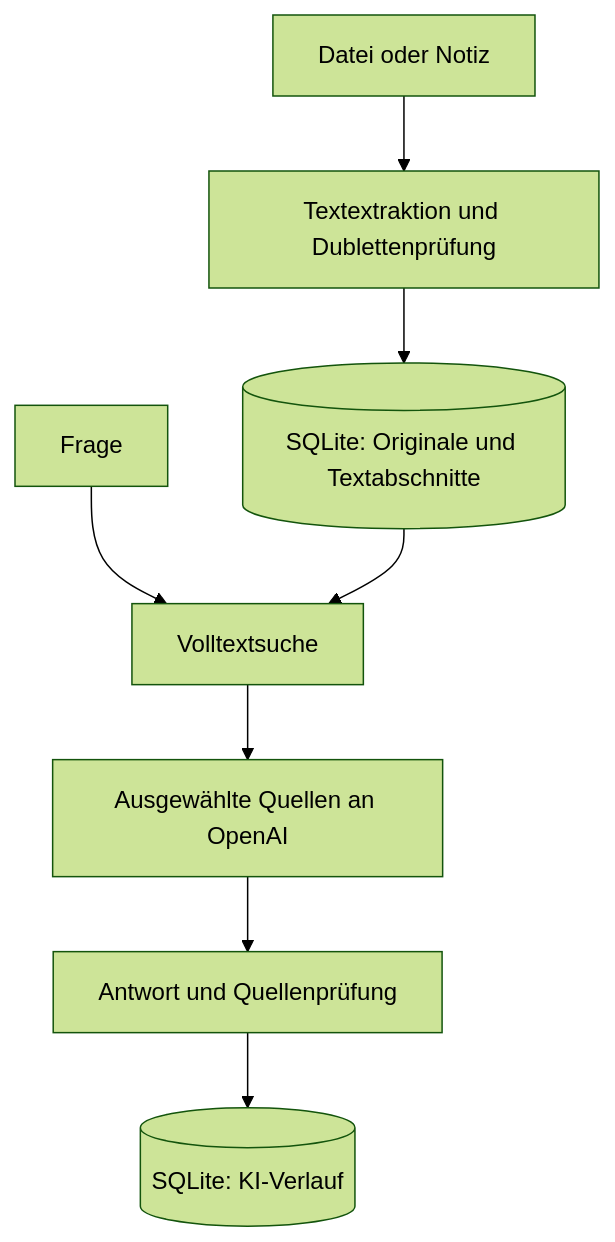
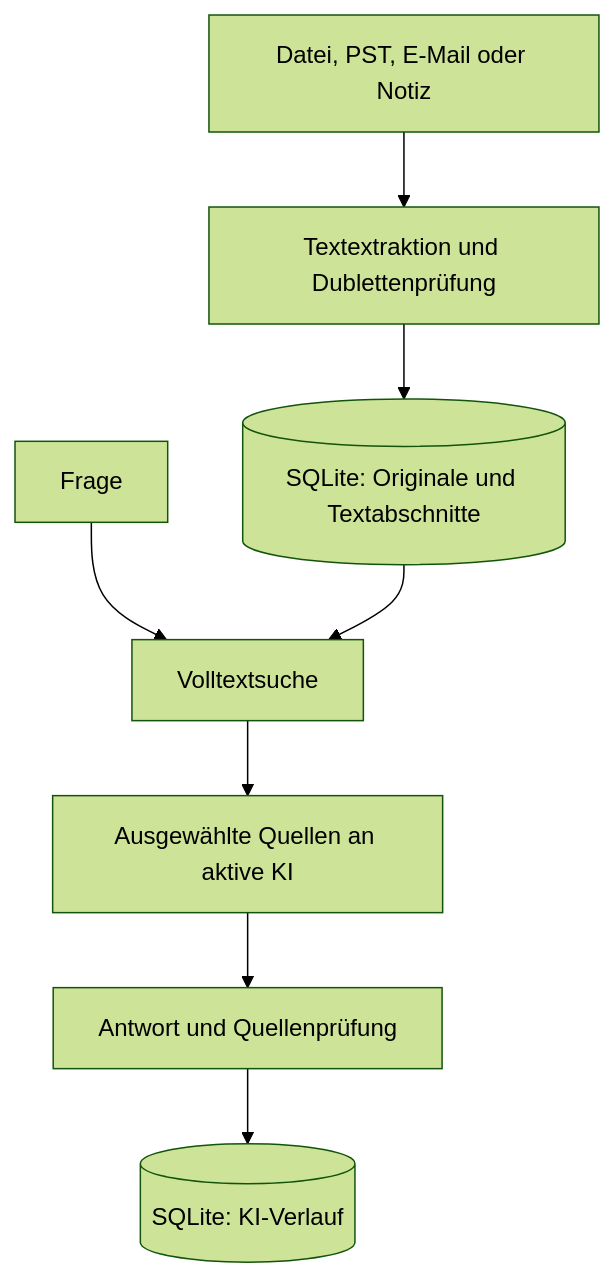
Before and after one commit to Melchy1971/Wissensraum-AI: the diagram in README.md, drawn with Mermaid (forest theme). The commit also changed other lines of this file and 14 other files, not shown here.

````diff
--- a/README.md
+++ b/README.md
@@ -57,10 +60,10 @@
 ```mermaid
 flowchart TD
-    A[Datei oder Notiz] --> B[Textextraktion und Dublettenprüfung]
+    A[Datei, PST, E-Mail oder Notiz] --> B[Textextraktion und Dublettenprüfung]
     B --> C[(SQLite: Originale und Textabschnitte)]
     D[Frage] --> E[Volltextsuche]
     C --> E
-    E --> F[Ausgewählte Quellen an OpenAI]
+    E --> F[Ausgewählte Quellen an aktive KI]
     F --> G[Antwort und Quellenprüfung]
     G --> H[(SQLite: KI-Verlauf)]
 ```
````
